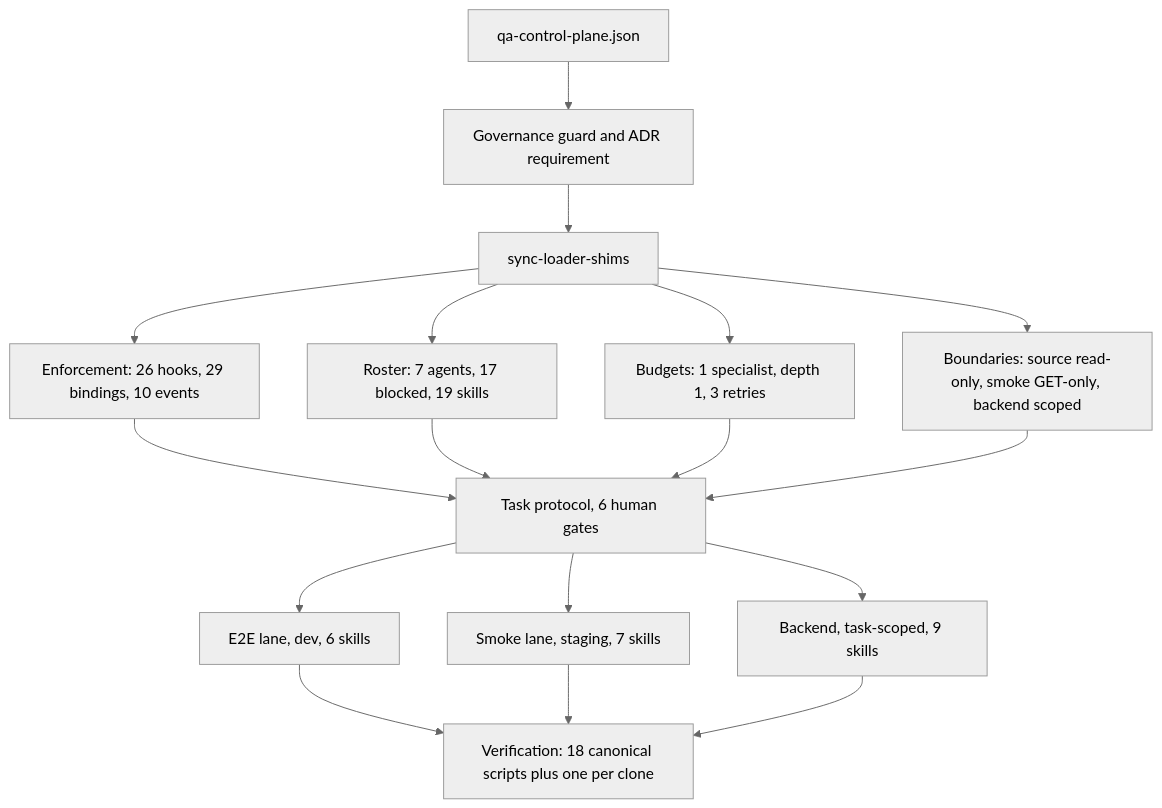
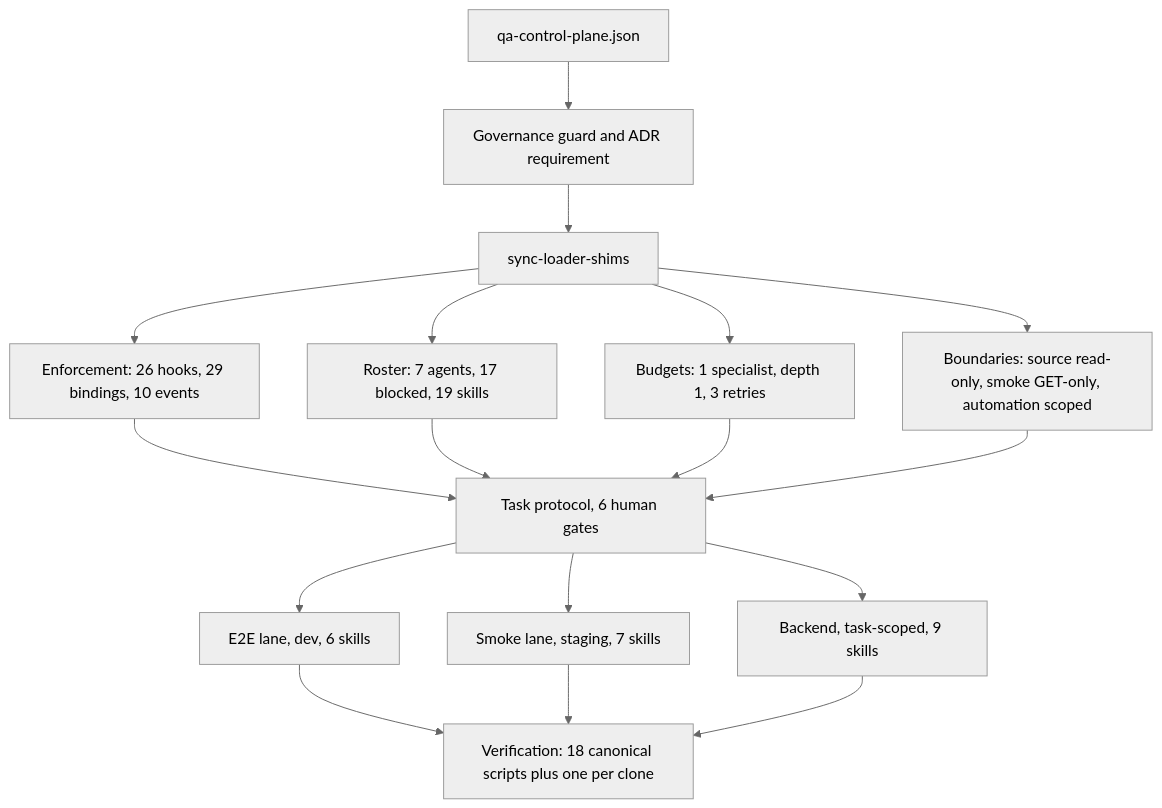
Before and after one commit to lfyagya/fhf-qa-harness-os: the second of 6 diagrams in docs/framework/harness-engineering.md, drawn with Mermaid (neutral theme). The commit also changed other lines of this file and 24 other files, not shown here.

````diff
--- a/docs/framework/harness-engineering.md
+++ b/docs/framework/harness-engineering.md
@@ -97,19 +98,19 @@
 ```mermaid
 flowchart TD
   A[qa-control-plane.json] --> B[Governance guard and ADR requirement]
   B --> C[sync-loader-shims]
   C --> D[Enforcement: 26 hooks, 29 bindings, 10 events]
   C --> E[Roster: 7 agents, 17 blocked, 19 skills]
   C --> F[Budgets: 1 specialist, depth 1, 3 retries]
-  C --> G[Boundaries: source read-only, smoke GET-only, backend scoped]
+  C --> G[Boundaries: source read-only, smoke GET-only, automation scoped]
   D --> H[Task protocol, 6 human gates]
   E --> H
   F --> H
   G --> H
   H --> I[E2E lane, dev, 6 skills]
   H --> J[Smoke lane, staging, 7 skills]
   H --> K[Backend, task-scoped, 9 skills]
   I --> L[Verification: 18 canonical scripts plus one per clone]
   J --> L
   K --> L
 ```
````
